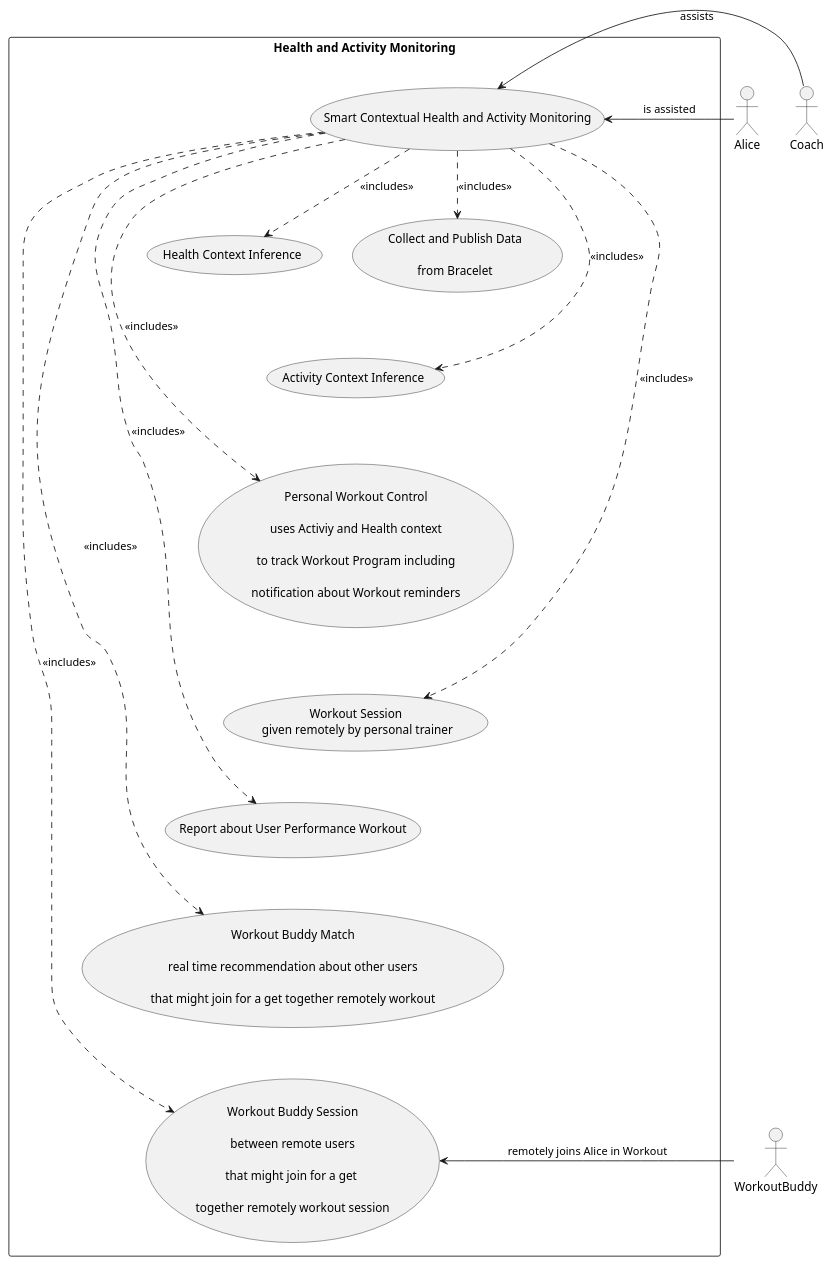
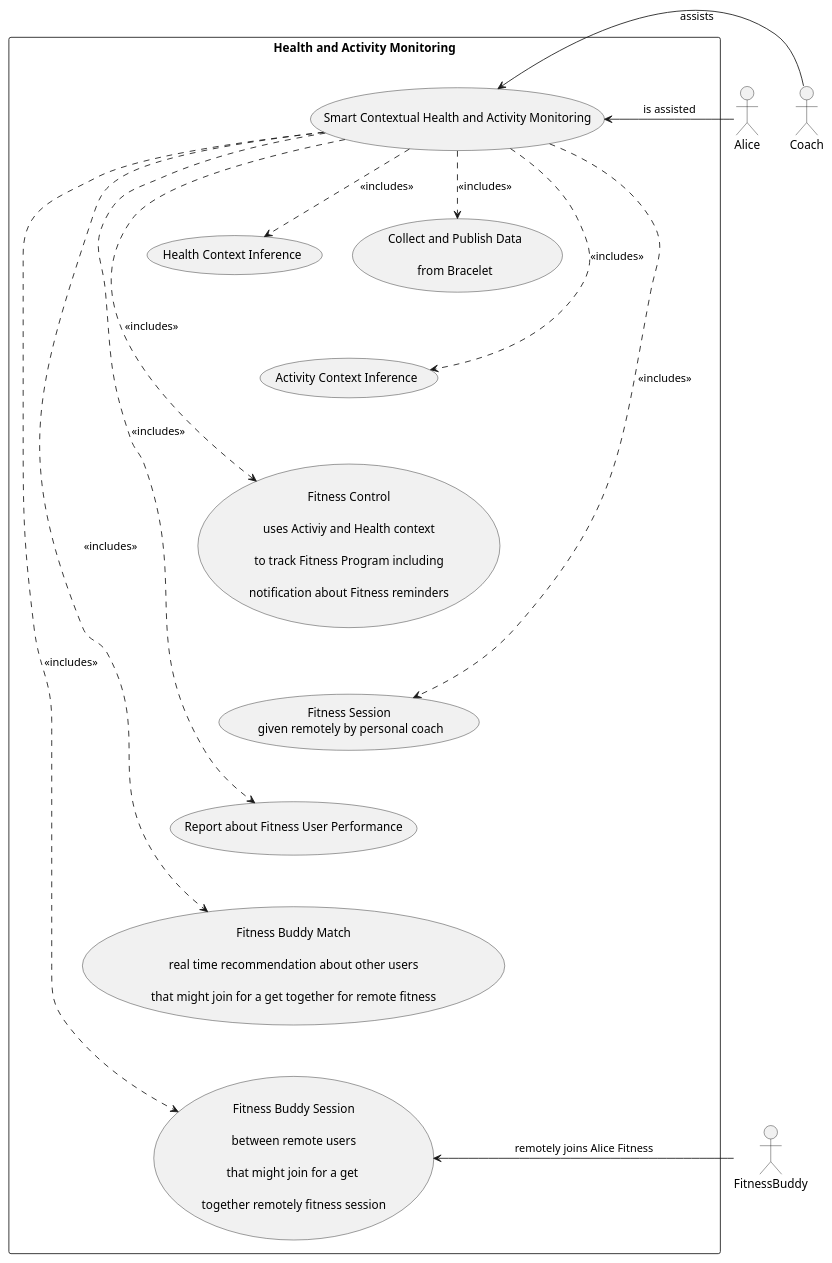
Before and after one commit to reTHINK-project/scenario-service-implementation: the diagram in docs/scenarios/smart-contextual-assistance/smart-contextual-health-monitoring-use-cases.puml, drawn with PlantUML. The commit also changed 3 other files, not shown here.

Commit message:
ice candidates exchange diagrams

```diff
--- a/docs/scenarios/smart-contextual-assistance/smart-contextual-health-monitoring-use-cases.puml
+++ b/docs/scenarios/smart-contextual-assistance/smart-contextual-health-monitoring-use-cases.puml
@@ -1,64 +1,64 @@
 @startuml
 
 actor Alice
 actor "Coach" as Trainer
-actor WorkoutBuddy
+actor "FitnessBuddy" as WorkoutBuddy
 
 rectangle "Health and Activity Monitoring" {
   usecase (Smart Contextual Health and Activity Monitoring) as healthCtrlUC
 
   usecase healthMonitorUC as "Collect and Publish Data\n
   from Bracelet"
 
   usecase inferHealthContextUC as "Health Context Inference"
 
   usecase inferActivityContextUC as "Activity Context Inference"
 
   inferActivityContextUC -[hidden]up- inferHealthContextUC
 
-  usecase workoutCtrlUC as "Personal Workout Control\n
+  usecase workoutCtrlUC as "Fitness Control\n
    uses Activiy and Health context\n
-   to track Workout Program including\n
-   notification about Workout reminders"
+   to track Fitness Program including\n
+   notification about Fitness reminders"
 
   inferActivityContextUC -[hidden]down- workoutCtrlUC
 
-  usecase workoutSessionUC as "Workout Session\n given remotely by personal trainer"
+  usecase workoutSessionUC as "Fitness Session\n given remotely by personal coach"
 
   workoutSessionUC -[hidden]up- workoutCtrlUC
 
-  usecase workoutReportUC as "Report about User Performance Workout"
+  usecase workoutReportUC as "Report about Fitness User Performance"
 
   workoutSessionUC -[hidden]down- workoutReportUC
 
-  usecase workoutBuddyMatchUC as "Workout Buddy Match\n
+  usecase workoutBuddyMatchUC as "Fitness Buddy Match\n
   real time recommendation about other users\n
-  that might join for a get together remotely workout"
+  that might join for a get together for remote fitness"
 
   workoutBuddyMatchUC -[hidden]up- workoutReportUC
 
-  usecase workoutBuddySessionUC as "Workout Buddy Session\n
+  usecase workoutBuddySessionUC as "Fitness Buddy Session\n
   between remote users\n
   that might join for a get \n
-  together remotely workout session"
+  together remotely fitness session"
 
   workoutBuddySessionUC -[hidden]up- workoutBuddyMatchUC
 }
 
 
 healthCtrlUC ..> healthMonitorUC : <<includes>>
 healthCtrlUC ..> inferHealthContextUC : <<includes>>
 healthCtrlUC ..> inferActivityContextUC : <<includes>>
 healthCtrlUC ..> workoutCtrlUC : <<includes>>
 healthCtrlUC ..> workoutSessionUC : <<includes>>
 healthCtrlUC ..> workoutReportUC : <<includes>>
 healthCtrlUC ..> workoutBuddyMatchUC : <<includes>>
 healthCtrlUC ..> workoutBuddySessionUC : <<includes>>
 
 Alice -left-> healthCtrlUC : is assisted
 
 Trainer -right-> healthCtrlUC : assists
 
-WorkoutBuddy -left-> workoutBuddySessionUC : remotely joins Alice in Workout
+WorkoutBuddy -left-> workoutBuddySessionUC : remotely joins Alice Fitness
 
 @enduml
```
